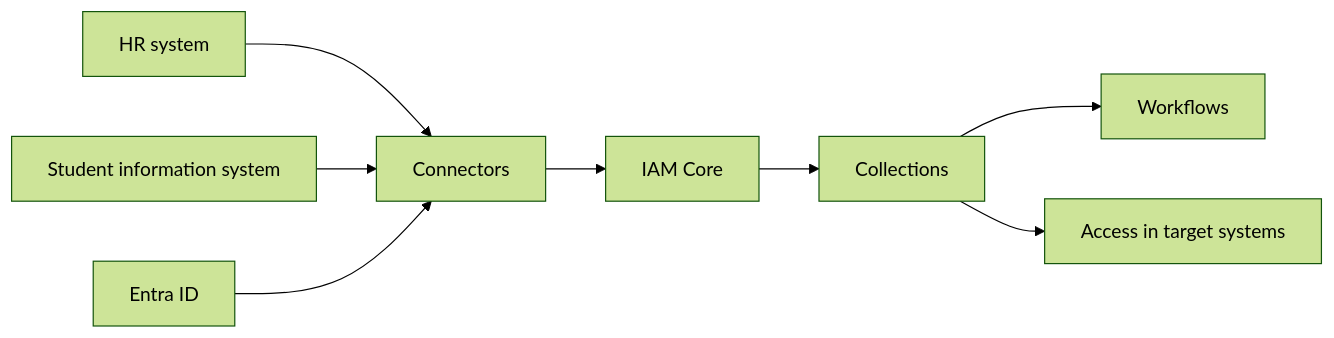
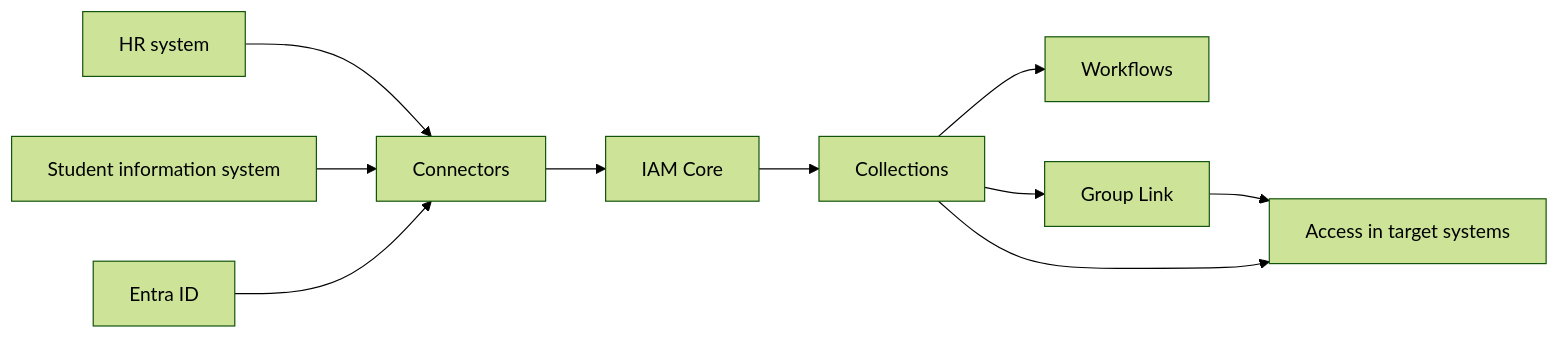
The diagram in docs/identity-universe/index.md (fortytwoservices/public-docs.fortytwo.io), drawn with Mermaid (forest theme) before and after one commit. The commit also changed other lines of this file and 5 other files, not shown here.

Commit message:
docs: add a Group Link section for the API and its usage

````diff
--- a/docs/identity-universe/index.md
+++ b/docs/identity-universe/index.md
@@ -17,10 +18,12 @@
 ```mermaid
 flowchart LR
     A[HR system] --> C
     B[Student information system] --> C
     D[Entra ID] --> C
     C[Connectors] --> E[IAM Core]
     E --> F[Collections]
     F --> G[Workflows]
-    F --> H[Access in target systems]
+    F --> I[Group Link]
+    I --> H[Access in target systems]
+    F --> H
 ```
````
